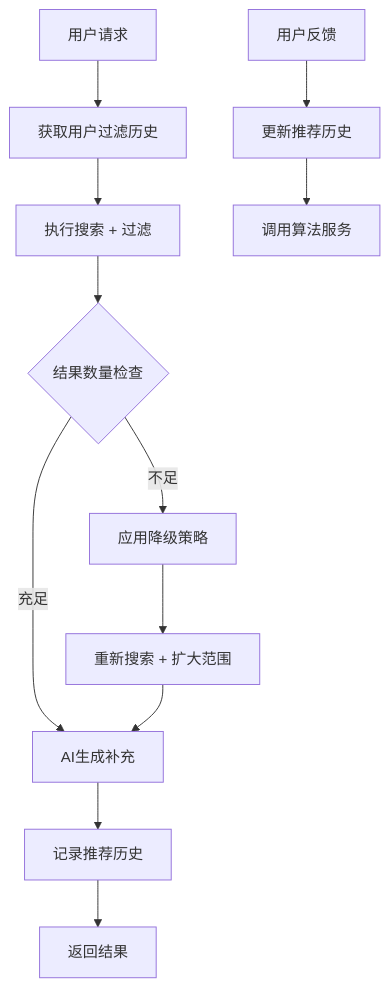
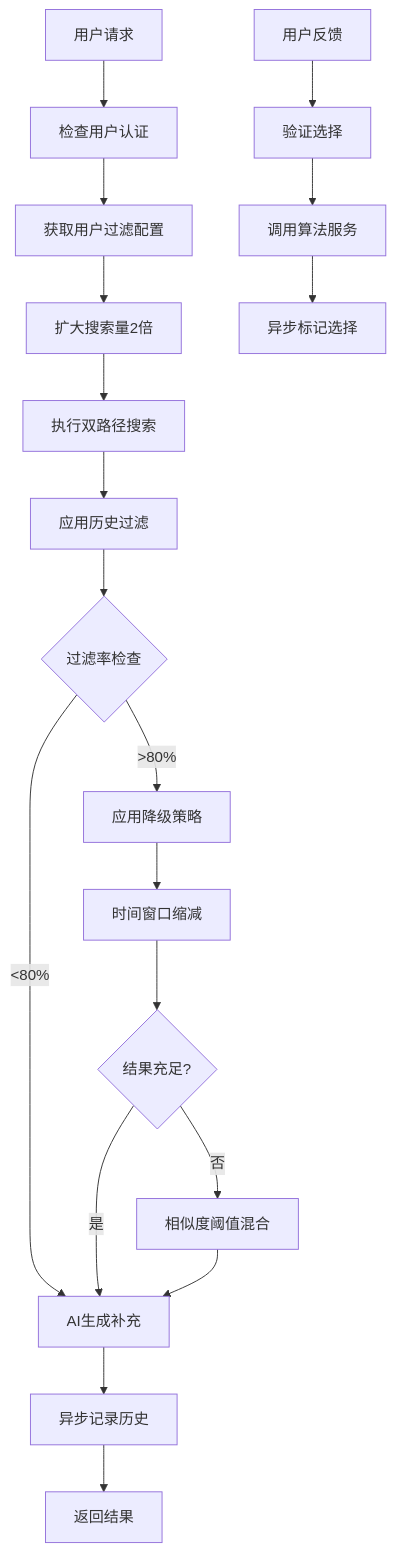
One commit to goplus/builder changed the diagram in spx-backend/docs/IMAGE_RECOMMENDATION_FILTERING_DESIGN.md. Above: the diagram before and after it, drawn with Mermaid. The commit also changed other lines of this file and 1 other file, not shown here.

````diff
--- a/spx-backend/docs/IMAGE_RECOMMENDATION_FILTERING_DESIGN.md
+++ b/spx-backend/docs/IMAGE_RECOMMENDATION_FILTERING_DESIGN.md
@@ -45,15 +45,22 @@
 ```mermaid
 graph TD
-    A[用户请求] --> B[获取用户过滤历史]
-    B --> C[执行搜索 + 过滤]
-    C --> D{结果数量检查}
-    D -->|充足| E[AI生成补充]
-    D -->|不足| F[应用降级策略]
-    F --> G[重新搜索 + 扩大范围]
-    G --> E
-    E --> H[记录推荐历史]
-    H --> I[返回结果]
+    A[用户请求] --> B[检查用户认证]
+    B --> C[获取用户过滤配置]
+    C --> D[扩大搜索量2倍]
+    D --> E[执行双路径搜索]
+    E --> F[应用历史过滤]
+    F --> G{过滤率检查}
+    G -->|<80%| H[AI生成补充]
+    G -->|>80%| I[应用降级策略]
+    I --> J[时间窗口缩减]
+    J --> K{结果充足?}
+    K -->|是| H
+    K -->|否| L[相似度阈值混合]
+    L --> H
+    H --> M[异步记录历史]
+    M --> N[返回结果]
 
-    J[用户反馈] --> K[更新推荐历史]
-    K --> L[调用算法服务]
+    O[用户反馈] --> P[验证选择]
+    P --> Q[调用算法服务]
+    Q --> R[异步标记选择]
 ```
````
